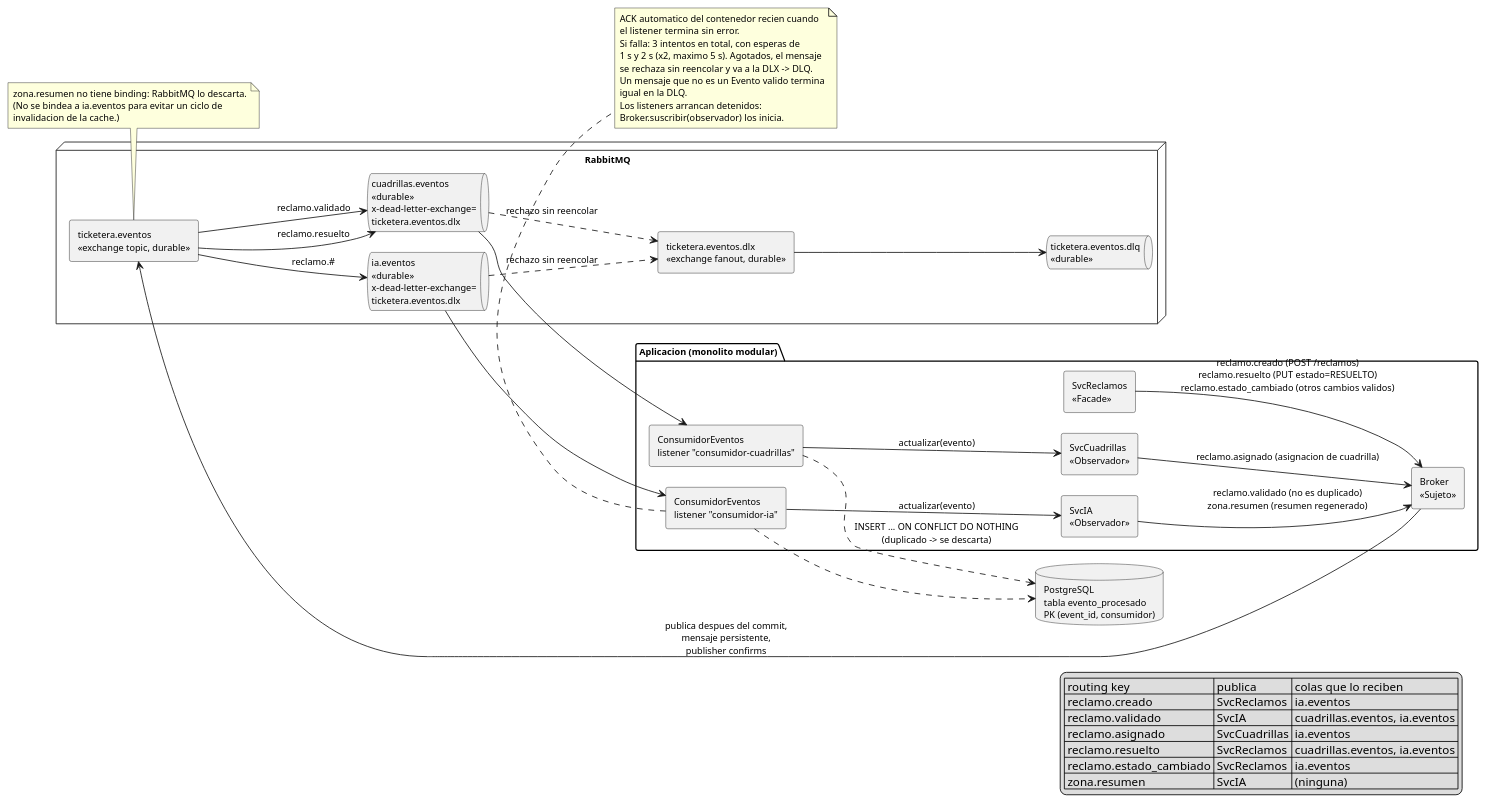
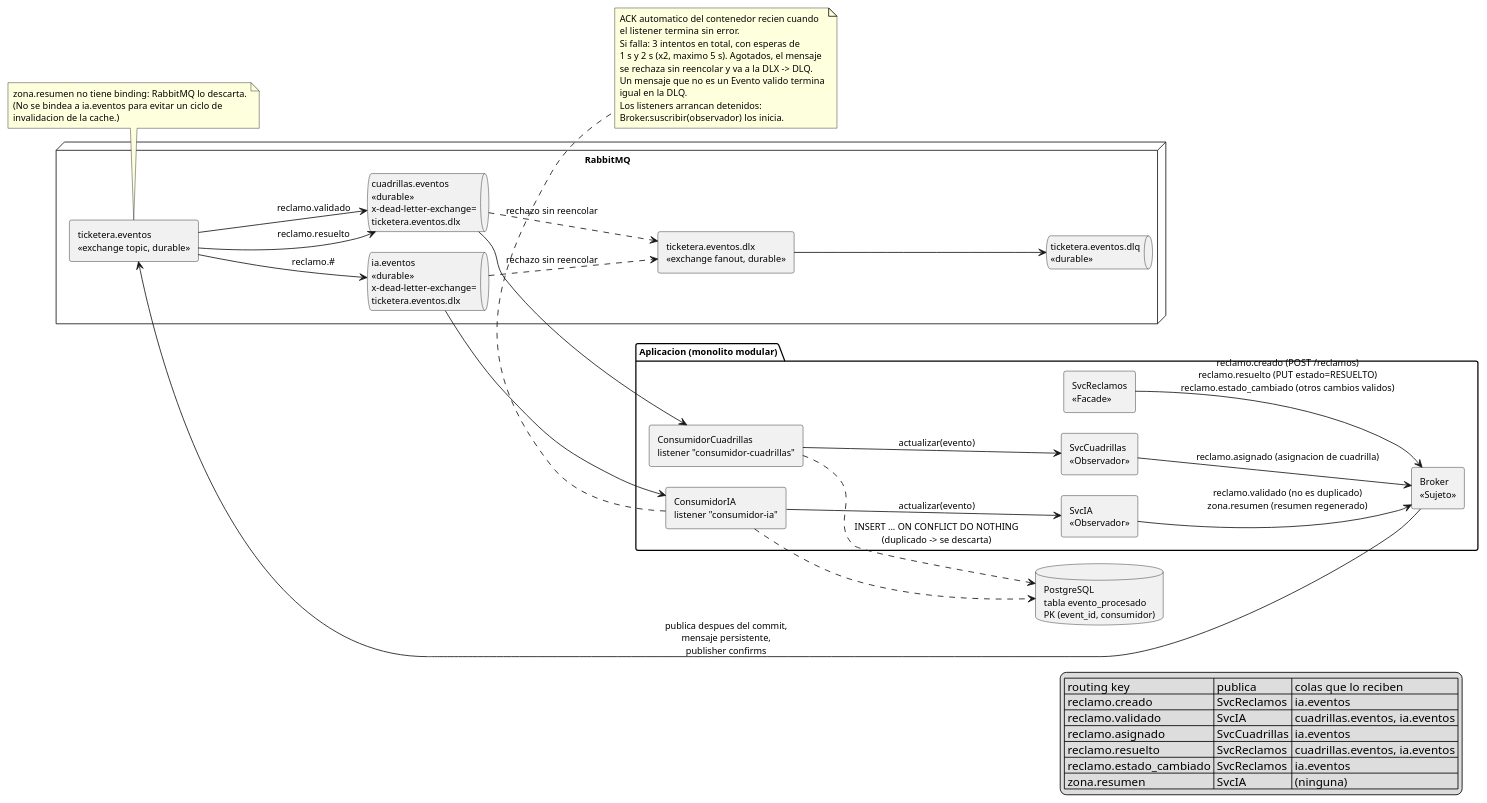
The diagram in docs/06_diagrama_flujo_mensajes.puml (francolovera24/Backend-TicketeraMunicipal-DDA2), drawn with PlantUML before and after one commit. The commit also changed 9 other files, not shown here.

```diff
--- a/docs/06_diagrama_flujo_mensajes.puml
+++ b/docs/06_diagrama_flujo_mensajes.puml
@@ -1,80 +1,80 @@
 @startuml FlujoMensajes
 ' Flujo de mensajes RabbitMQ tal como lo implementan RabbitMQConfig,
-' ConsumidorEventos, Broker y application.yml (spring.rabbitmq.listener).
+' ConsumidorIA, ConsumidorCuadrillas, Broker y application.yml (spring.rabbitmq.listener).
 left to right direction
 skinparam componentStyle rectangle
 skinparam defaultFontSize 11
 skinparam nodesep 25
 skinparam ranksep 40
 
 package "Aplicacion (monolito modular)" {
     [SvcReclamos\n<<Facade>>] as SvcReclamos
     [SvcIA\n<<Observador>>] as SvcIA
     [SvcCuadrillas\n<<Observador>>] as SvcCuadrillas
     [Broker\n<<Sujeto>>] as Broker
-    [ConsumidorEventos\nlistener "consumidor-cuadrillas"] as LCuadrillas
-    [ConsumidorEventos\nlistener "consumidor-ia"] as LIa
+    [ConsumidorCuadrillas\nlistener "consumidor-cuadrillas"] as LCuadrillas
+    [ConsumidorIA\nlistener "consumidor-ia"] as LIa
 }
 
 node "RabbitMQ" {
     component "ticketera.eventos\n<<exchange topic, durable>>" as EX
     queue "cuadrillas.eventos\n<<durable>>\nx-dead-letter-exchange=\nticketera.eventos.dlx" as QC
     queue "ia.eventos\n<<durable>>\nx-dead-letter-exchange=\nticketera.eventos.dlx" as QI
     component "ticketera.eventos.dlx\n<<exchange fanout, durable>>" as DLX
     queue "ticketera.eventos.dlq\n<<durable>>" as DLQ
 }
 
 database "PostgreSQL\ntabla evento_procesado\nPK (event_id, consumidor)" as EP
 
 ' ---------- publicacion ----------
 SvcReclamos --> Broker : reclamo.creado (POST /reclamos)\nreclamo.resuelto (PUT estado=RESUELTO)\nreclamo.estado_cambiado (otros cambios validos)
 SvcIA --> Broker : reclamo.validado (no es duplicado)\nzona.resumen (resumen regenerado)
 SvcCuadrillas --> Broker : reclamo.asignado (asignacion de cuadrilla)
 Broker --> EX : publica despues del commit,\nmensaje persistente,\npublisher confirms
 
 ' ---------- bindings ----------
 EX --> QC : reclamo.validado
 EX --> QC : reclamo.resuelto
 EX --> QI : reclamo.#
 
 ' ---------- consumo ----------
 QC --> LCuadrillas
 QI --> LIa
 LCuadrillas --> SvcCuadrillas : actualizar(evento)
 LIa --> SvcIA : actualizar(evento)
 LCuadrillas ..> EP : INSERT ... ON CONFLICT DO NOTHING\n(duplicado -> se descarta)
 LIa ..> EP
 
 ' ---------- errores ----------
 QC ..> DLX : rechazo sin reencolar
 QI ..> DLX : rechazo sin reencolar
 DLX --> DLQ
 
 note bottom of EX
   zona.resumen no tiene binding: RabbitMQ lo descarta.
   (No se bindea a ia.eventos para evitar un ciclo de
   invalidacion de la cache.)
 end note
 
 note bottom of LIa
   ACK automatico del contenedor recien cuando
   el listener termina sin error.
   Si falla: 3 intentos en total, con esperas de
   1 s y 2 s (x2, maximo 5 s). Agotados, el mensaje
   se rechaza sin reencolar y va a la DLX -> DLQ.
   Un mensaje que no es un Evento valido termina
   igual en la DLQ.
   Los listeners arrancan detenidos:
   Broker.suscribir(observador) los inicia.
 end note
 
 legend right
   | routing key | publica | colas que lo reciben |
   | reclamo.creado | SvcReclamos | ia.eventos |
   | reclamo.validado | SvcIA | cuadrillas.eventos, ia.eventos |
   | reclamo.asignado | SvcCuadrillas | ia.eventos |
   | reclamo.resuelto | SvcReclamos | cuadrillas.eventos, ia.eventos |
   | reclamo.estado_cambiado | SvcReclamos | ia.eventos |
   | zona.resumen | SvcIA | (ninguna) |
 endlegend
 @enduml
```
